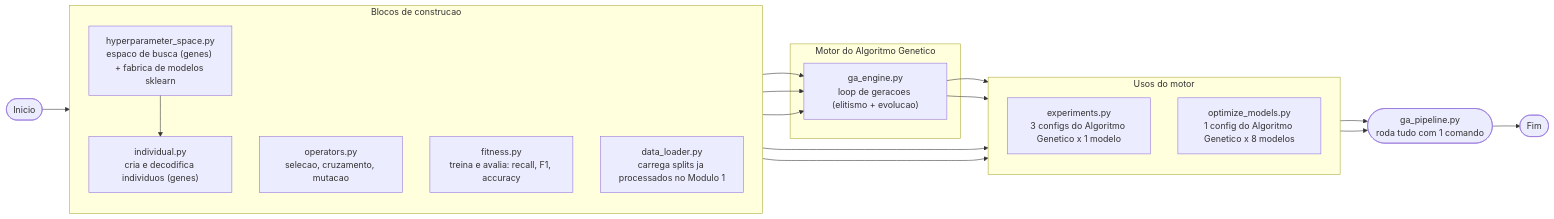
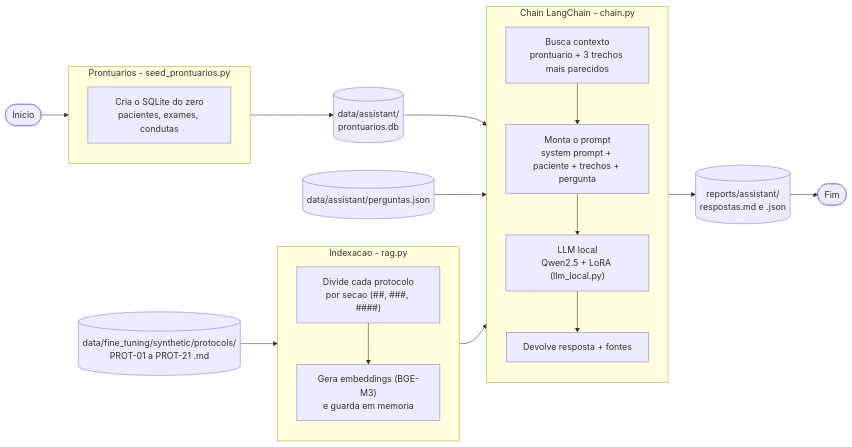
Before and after one commit to dideusmatheus/Fase-3---Tech-challenge: the third of 5 diagrams in README.md, drawn with Mermaid. The commit also changed other lines of this file, not shown here.

First line of the commit message:
Fase 3: README com as etapas 2 e 3, fluxo LangGraph e novos diagramas

````diff
--- a/README.md
+++ b/README.md
@@ -257,39 +239,40 @@
 ```mermaid
 flowchart LR
     START([Inicio])
 
-    subgraph BUILD ["Blocos de construcao"]
+    PROT[("data/fine_tuning/synthetic/protocols/<br/>PROT-01 a PROT-21 .md")]
+    PERG[("data/assistant/perguntas.json")]
+
+    subgraph SEED ["Prontuarios - seed_prontuarios.py"]
         direction TB
-        SEARCH["hyperparameter_space.py<br/>espaco de busca (genes) + fabrica de modelos sklearn"]
-        INDIV["individual.py<br/>cria e decodifica individuos (genes)"]
-        OPS["operators.py<br/>selecao, cruzamento, mutacao"]
-        FIT["fitness.py<br/>treina e avalia: recall, F1, accuracy"]
-        DATA["data_loader.py<br/>carrega splits ja processados no Modulo 1"]
-        SEARCH --> INDIV
+        S1["Cria o SQLite do zero<br/>pacientes, exames, condutas"]
     end
 
-    subgraph ENGINE ["Motor do Algoritmo Genetico"]
-        GA["ga_engine.py<br/>loop de geracoes (elitismo + evolucao)"]
+    DB[("data/assistant/<br/>prontuarios.db")]
+
+    subgraph INDEX ["Indexacao - rag.py"]
+        direction TB
+        I1["Divide cada protocolo<br/>por secao (##, ###, ####)"]
+        I2["Gera embeddings (BGE-M3)<br/>e guarda em memoria"]
+        I1 --> I2
     end
 
-    subgraph USES ["Usos do motor"]
+    subgraph CHAIN ["Chain LangChain - chain.py"]
         direction TB
-        EXP["experiments.py<br/>3 configs do Algoritmo Genetico x 1 modelo"]
-        OPT["optimize_models.py<br/>1 config do Algoritmo Genetico x 8 modelos"]
+        C1["Busca contexto<br/>prontuario + 3 trechos mais parecidos"]
+        C2["Monta o prompt<br/>system prompt + paciente + trechos + pergunta"]
+        C3["LLM local<br/>Qwen2.5 + LoRA (llm_local.py)"]
+        C4["Devolve resposta + fontes"]
+        C1 --> C2 --> C3 --> C4
     end
 
-    PIPELINE(["ga_pipeline.py<br/>roda tudo com 1 comando"])
+    OUT[("reports/assistant/<br/>respostas.md e .json")]
     END([Fim])
 
-    START --> SEARCH
-    INDIV --> GA
-    OPS --> GA
-    FIT --> GA
-    DATA --> EXP
-    DATA --> OPT
-    GA --> EXP
-    GA --> OPT
-    EXP --> PIPELINE
-    OPT --> PIPELINE
-    PIPELINE --> END
+    START --> S1 --> DB
+    PROT --> I1
+    I2 --> C1
+    DB --> C1
+    PERG --> C1
+    C4 --> OUT --> END
 ```
````
